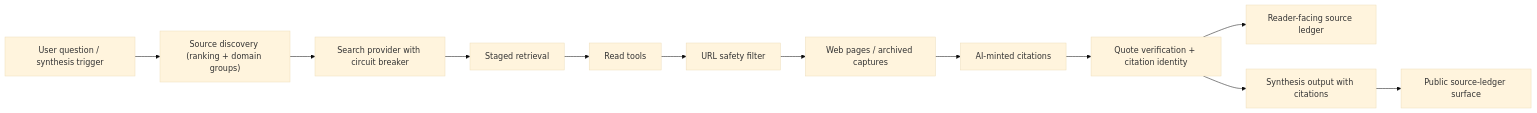
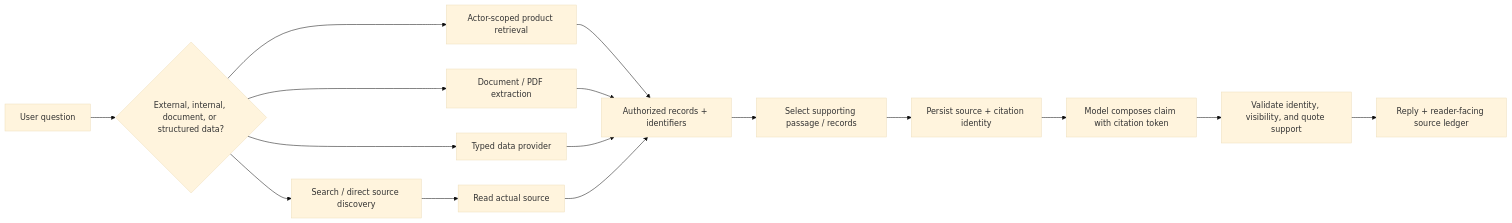
Before and after one commit to wahargis/portfolio: the diagram in flip-technical-overview/diagrams/retrieval-source-citation-flow.mmd, drawn with Mermaid (base theme). The commit also changed 55 other files, not shown here.

Commit message:
complete portfolio architecture audit

```diff
--- a/flip-technical-overview/diagrams/retrieval-source-citation-flow.mmd
+++ b/flip-technical-overview/diagrams/retrieval-source-citation-flow.mmd
@@ -1,12 +1,16 @@
 flowchart LR
-    Q["User question / synthesis trigger"] --> SD["Source discovery (ranking + domain groups)"]
-    SD --> SEARCH["Search provider with circuit breaker"]
-    SEARCH --> RETR["Staged retrieval"]
-    RETR --> READ["Read tools"]
-    READ --> GUARD["URL safety filter"]
-    GUARD --> PAGES["Web pages / archived captures"]
-    PAGES --> MINT["AI-minted citations"]
-    MINT --> VERIFY["Quote verification + citation identity"]
-    VERIFY --> LEDGER["Reader-facing source ledger"]
-    VERIFY --> OUTPUT["Synthesis output with citations"]
-    OUTPUT --> API["Public source-ledger surface"]
+    Q["User question"] --> KIND{"External, internal, document, or structured data?"}
+    KIND --> EXT["Search / direct source discovery"]
+    KIND --> INT["Actor-scoped product retrieval"]
+    KIND --> DOC["Document / PDF extraction"]
+    KIND --> DATA["Typed data provider"]
+    EXT --> READ["Read actual source"]
+    INT --> EVIDENCE["Authorized records + identifiers"]
+    DOC --> EVIDENCE
+    DATA --> EVIDENCE
+    READ --> EVIDENCE
+    EVIDENCE --> SELECT["Select supporting passage / records"]
+    SELECT --> MINT["Persist source + citation identity"]
+    MINT --> DRAFT["Model composes claim with citation token"]
+    DRAFT --> VERIFY["Validate identity, visibility, and quote support"]
+    VERIFY --> REPLY["Reply + reader-facing source ledger"]
```
